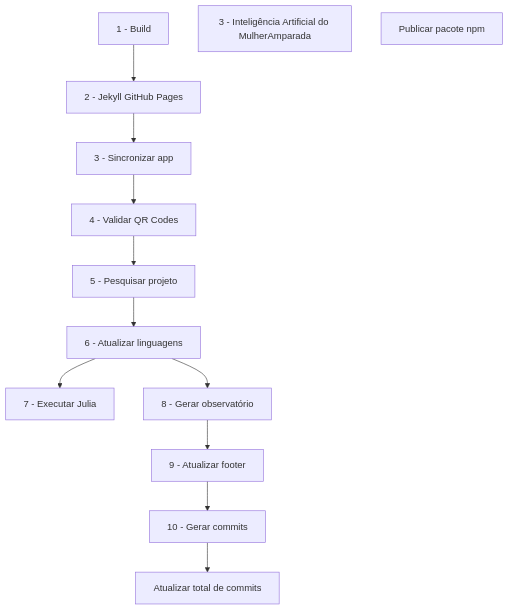
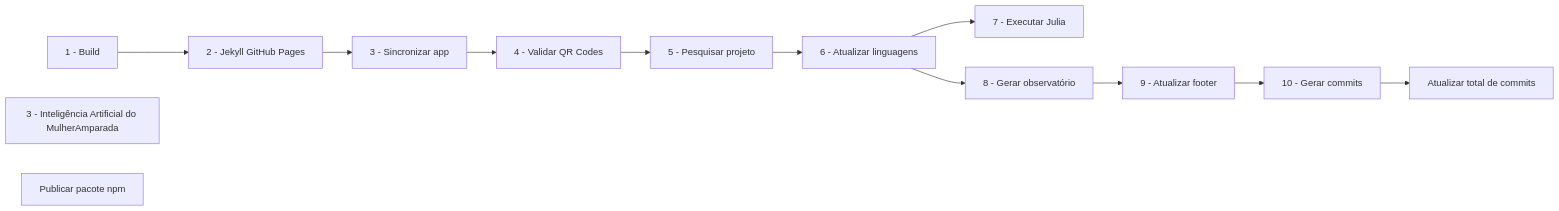
Before and after one commit to mulher-amparada/mulher-amparada-app: the diagram in pesquisas/workflow.md, drawn with Mermaid. The commit also changed other lines of this file, not shown here.

````diff
--- a/pesquisas/workflow.md
+++ b/pesquisas/workflow.md
@@ -30,26 +30,26 @@
 ```mermaid
-flowchart TD
+flowchart LR
     job_build["1 - Build"]
     job_amparada_ia["3 - Inteligência Artificial do MulherAmparada"]
     job_jekyll["2 - Jekyll GitHub Pages"]
     job_sincronizar_app["3 - Sincronizar app"]
     job_validar_qrs["4 - Validar QR Codes"]
     job_pesquisar_projeto["5 - Pesquisar projeto"]
     job_linguagens["6 - Atualizar linguagens"]
     job_main_julia["7 - Executar Julia"]
     job_observatorio["8 - Gerar observatório"]
     job_atualizar_footer["9 - Atualizar footer"]
     job_gerar_commits["10 - Gerar commits"]
     job_atualizar_total_commits["Atualizar total de commits"]
     job_publicar["Publicar pacote npm"]
     job_build --> job_jekyll
     job_jekyll --> job_sincronizar_app
     job_sincronizar_app --> job_validar_qrs
     job_validar_qrs --> job_pesquisar_projeto
     job_pesquisar_projeto --> job_linguagens
     job_linguagens --> job_main_julia
     job_linguagens --> job_observatorio
     job_observatorio --> job_atualizar_footer
     job_atualizar_footer --> job_gerar_commits
     job_gerar_commits --> job_atualizar_total_commits
 ```
````
